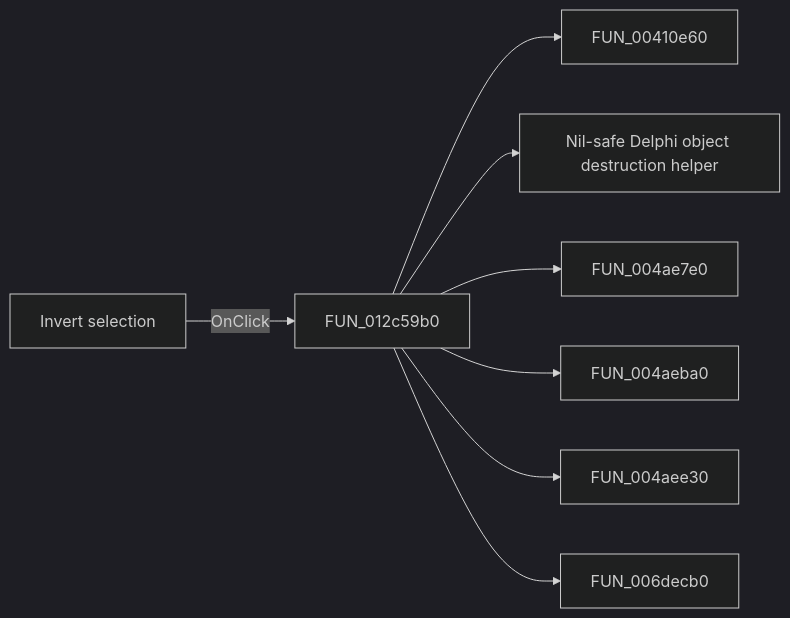
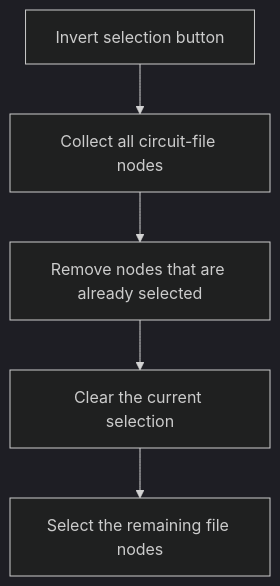
The diagram in docs/ui-controls/frmtestbencheditor/btninvertselection-b01e7320d6.md (MovGP0/TIARA), drawn with Mermaid (dark theme) before and after one commit. The commit also changed other lines of this file and 387 other files, not shown here.

````diff
--- a/docs/ui-controls/frmtestbencheditor/btninvertselection-b01e7320d6.md
+++ b/docs/ui-controls/frmtestbencheditor/btninvertselection-b01e7320d6.md
@@ -27,10 +19,7 @@
 ```mermaid
-flowchart LR
-    control["Invert selection"] -->|OnClick| handler["FUN_012c59b0"]
-    handler --> call1["FUN_00410e60"]
-    handler --> call2["Nil-safe Delphi object destruction helper"]
-    handler --> call3["FUN_004ae7e0"]
-    handler --> call4["FUN_004aeba0"]
-    handler --> call5["FUN_004aee30"]
-    handler --> call6["FUN_006decb0"]
+flowchart TD
+    control["Invert selection button"] --> collect["Collect all circuit-file nodes"]
+    collect --> subtract["Remove nodes that are already selected"]
+    subtract --> clear["Clear the current selection"]
+    clear --> select["Select the remaining file nodes"]
 ```
````
